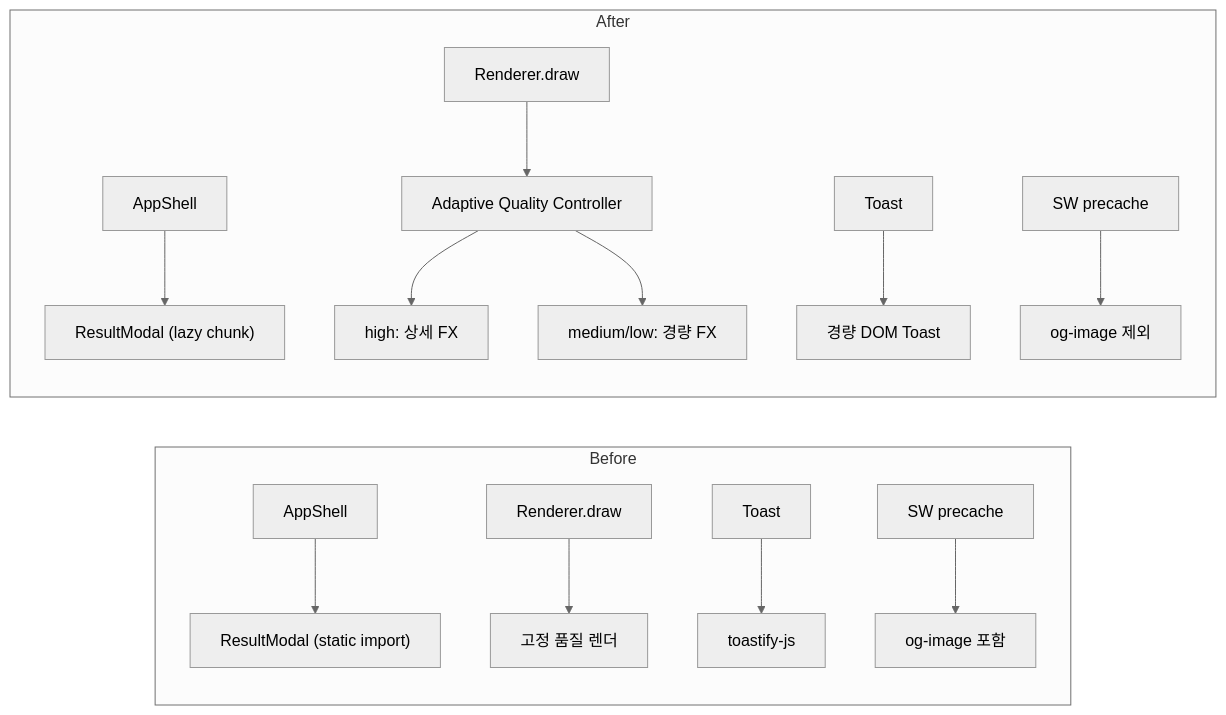
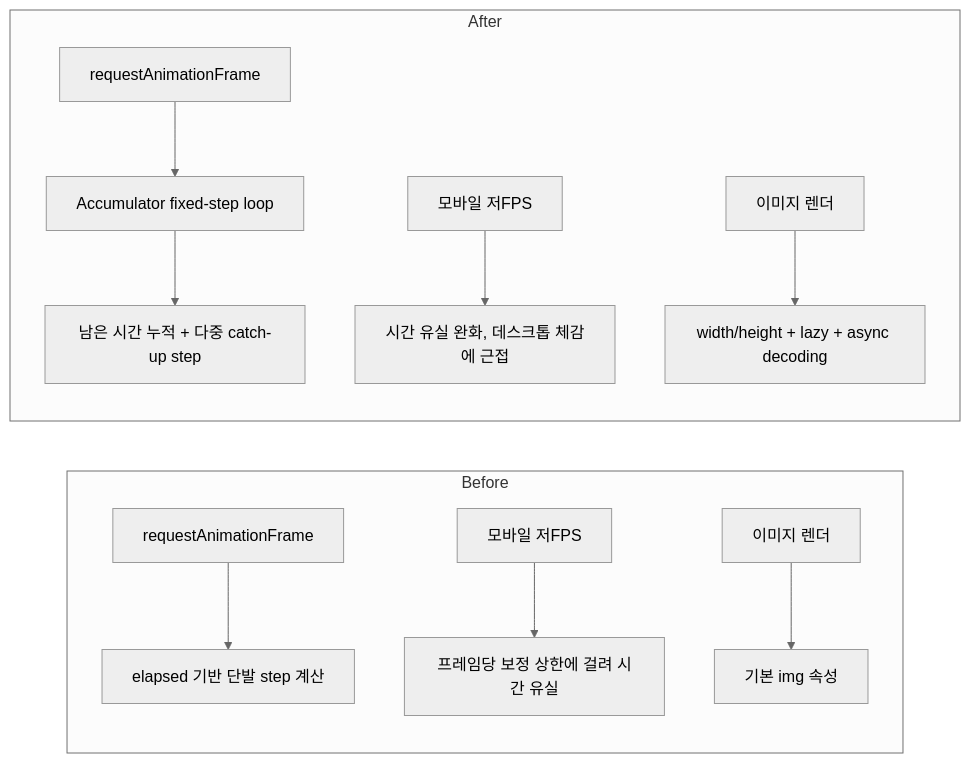
Before and after one commit to tada-js/degururu: the diagram in README.md, drawn with Mermaid (neutral theme). The commit also changed other lines of this file and 7 other files, not shown here.

````diff
--- a/README.md
+++ b/README.md
@@ -30,18 +30,15 @@
 ```mermaid
 flowchart LR
   subgraph Before["Before"]
-    B1["AppShell"] --> B2["ResultModal (static import)"]
-    B3["Renderer.draw"] --> B4["고정 품질 렌더"]
-    B5["Toast"] --> B6["toastify-js"]
-    B7["SW precache"] --> B8["og-image 포함"]
+    B1["requestAnimationFrame"] --> B2["elapsed 기반 단발 step 계산"]
+    B3["모바일 저FPS"] --> B4["프레임당 보정 상한에 걸려 시간 유실"]
+    B5["이미지 렌더"] --> B6["기본 img 속성"]
   end
 
   subgraph After["After"]
-    A1["AppShell"] --> A2["ResultModal (lazy chunk)"]
-    A3["Renderer.draw"] --> A4["Adaptive Quality Controller"]
-    A4 --> A5["high: 상세 FX"]
-    A4 --> A6["medium/low: 경량 FX"]
-    A7["Toast"] --> A8["경량 DOM Toast"]
-    A9["SW precache"] --> A10["og-image 제외"]
+    A1["requestAnimationFrame"] --> A2["Accumulator fixed-step loop"]
+    A2 --> A3["남은 시간 누적 + 다중 catch-up step"]
+    A4["모바일 저FPS"] --> A5["시간 유실 완화, 데스크톱 체감에 근접"]
+    A6["이미지 렌더"] --> A7["width/height + lazy + async decoding"]
   end
 ```
````
